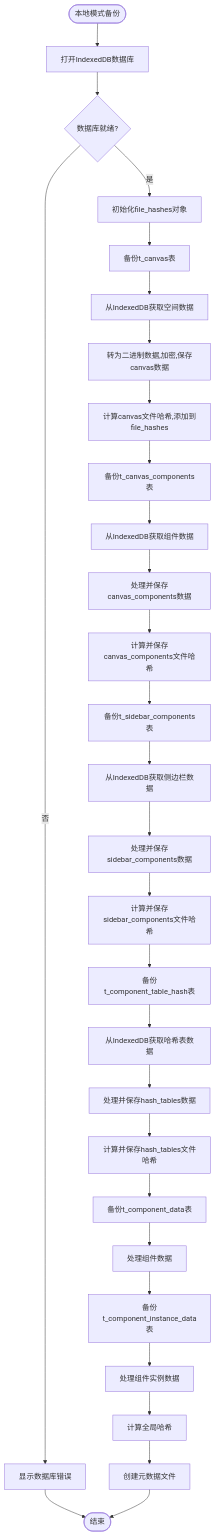
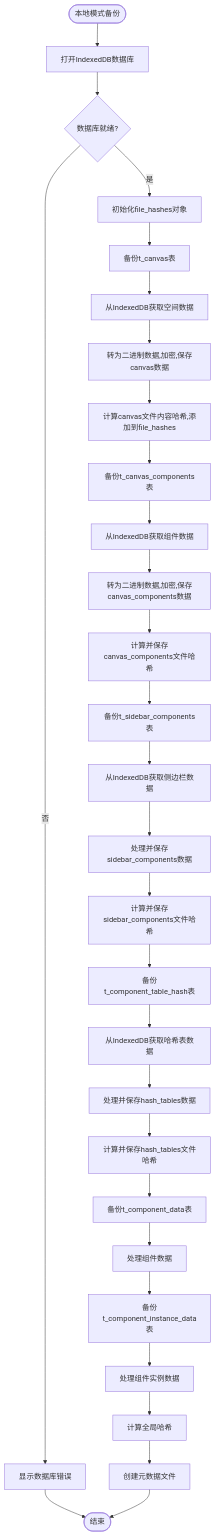
Before and after one commit to yingjianzh/iodraw-files: the diagram in all/未命名-56.md, drawn with Mermaid.

Commit message:
2025-05-12 14:14:25 update

````diff
--- a/all/未命名-56.md
+++ b/all/未命名-56.md
@@ -1,44 +1,44 @@
 ```mermaid
 
 flowchart TD
     Start([本地模式备份]) --> OpenDB[打开IndexedDB数据库]
     OpenDB --> DBReady{数据库就绪?}
     
     DBReady -->|否| ShowDBError[显示数据库错误]
     DBReady -->|是| InitHashObject[初始化file_hashes对象]
     
     ShowDBError --> End([结束])
     
     InitHashObject --> BackupCanvas[备份t_canvas表]
     BackupCanvas --> GetCanvasFromDB[从IndexedDB获取空间数据]
     GetCanvasFromDB --> ProcessCanvasFile[转为二进制数据,加密,保存canvas数据]
-    ProcessCanvasFile --> AddCanvasHash[计算canvas文件哈希,添加到file_hashes]
+    ProcessCanvasFile --> AddCanvasHash[计算canvas文件内容哈希,添加到file_hashes]
     
     AddCanvasHash --> BackupCanvasComps[备份t_canvas_components表]
     BackupCanvasComps --> GetCanvasCompsFromDB[从IndexedDB获取组件数据]
-    GetCanvasCompsFromDB --> ProcessCanvasCompsFile[处理并保存canvas_components数据]
+    GetCanvasCompsFromDB --> ProcessCanvasCompsFile[转为二进制数据,加密,保存canvas_components数据]
     ProcessCanvasCompsFile --> AddCanvasCompsHash[计算并保存canvas_components文件哈希]
     
     AddCanvasCompsHash --> BackupSidebarComps[备份t_sidebar_components表]
     BackupSidebarComps --> GetSidebarCompsFromDB[从IndexedDB获取侧边栏数据]
     GetSidebarCompsFromDB --> ProcessSidebarCompsFile[处理并保存sidebar_components数据]
     ProcessSidebarCompsFile --> AddSidebarCompsHash[计算并保存sidebar_components文件哈希]
     
     AddSidebarCompsHash --> BackupHashTables[备份t_component_table_hash表]
     BackupHashTables --> GetHashTablesFromDB[从IndexedDB获取哈希表数据]
     GetHashTablesFromDB --> ProcessHashTablesFile[处理并保存hash_tables数据]
     ProcessHashTablesFile --> AddHashTablesHash[计算并保存hash_tables文件哈希]
     
     AddHashTablesHash --> BackupCompData[备份t_component_data表]
     BackupCompData --> ProcessCompData[处理组件数据]
     
     ProcessCompData --> BackupInstData[备份t_component_instance_data表]
     BackupInstData --> ProcessInstData[处理组件实例数据]
     
     ProcessInstData --> CalculateGlobalHash[计算全局哈希]
     CalculateGlobalHash --> CreateMetadataFile[创建元数据文件]
     
     CreateMetadataFile --> End
 
 
 ```
````
